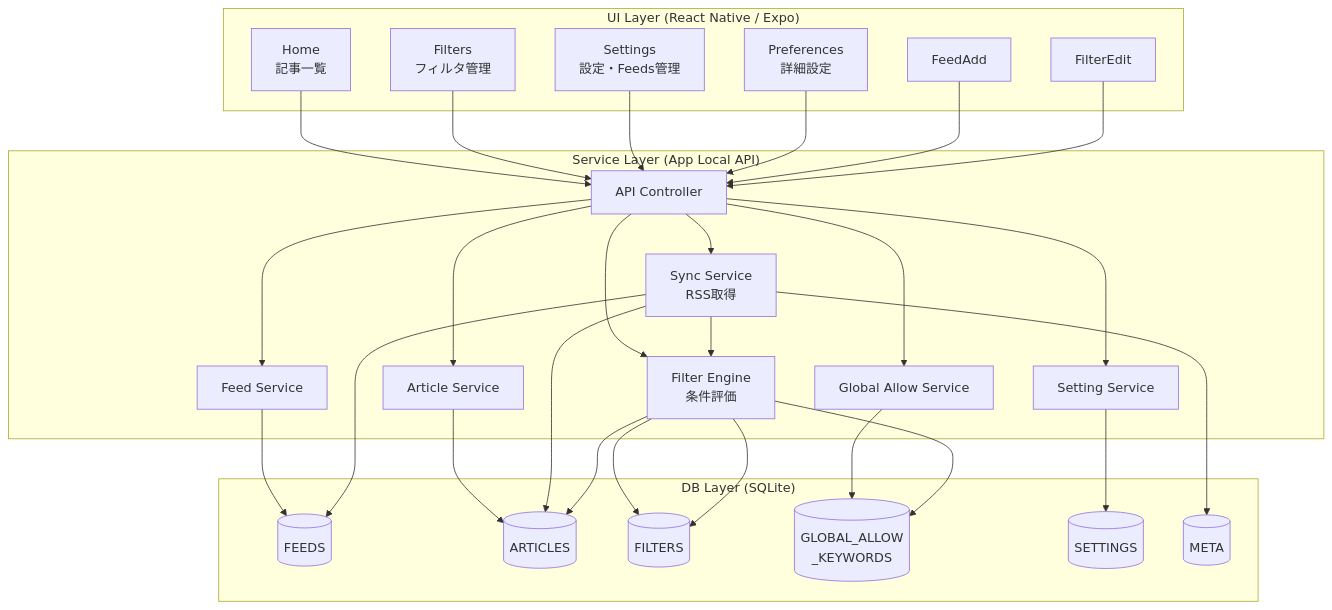
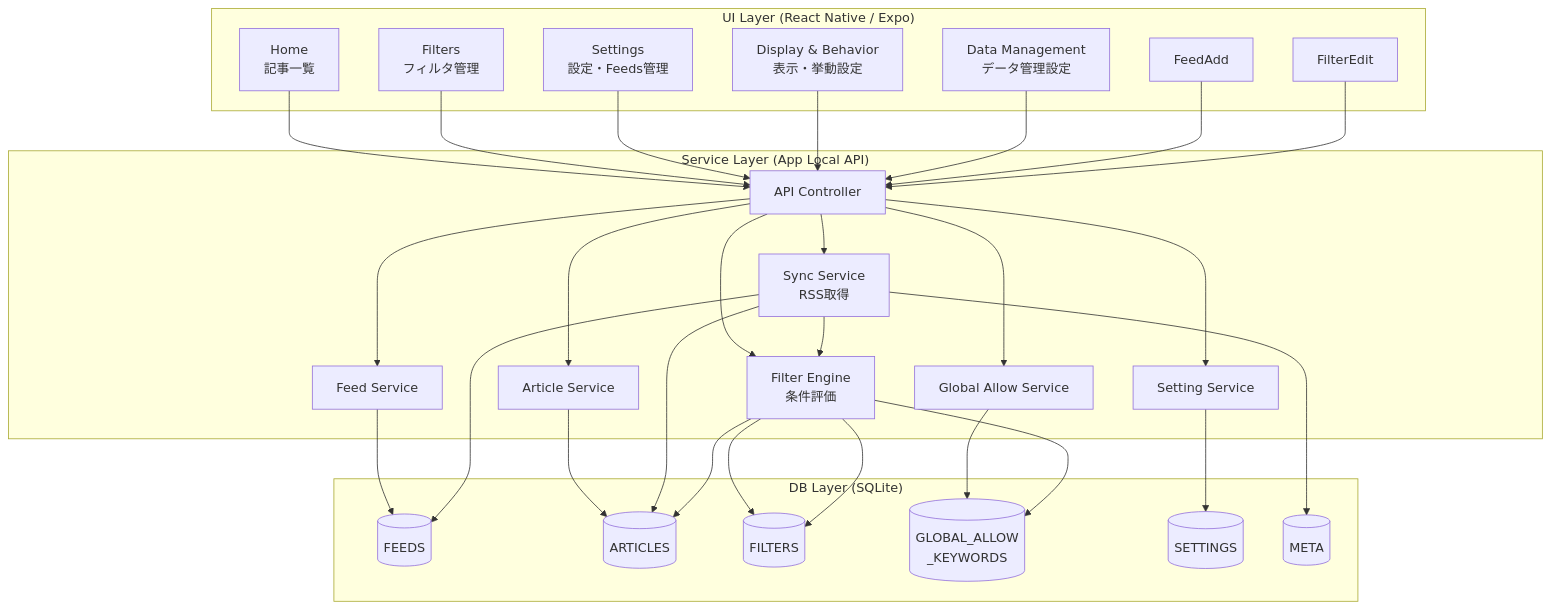
Before and after one commit to yskms/filto-app: the diagram in docs/02_basic_design/07_architecture.md, drawn with Mermaid. The commit also changed other lines of this file and 27 other files, not shown here.

````diff
--- a/docs/02_basic_design/07_architecture.md
+++ b/docs/02_basic_design/07_architecture.md
@@ -3,66 +3,68 @@
 ```mermaid
 flowchart TB
 
   %% ===== UI Layer =====
   subgraph UI["UI Layer (React Native / Expo)"]
     Home["Home<br/>記事一覧"]
     FiltersUI["Filters<br/>フィルタ管理"]
     SettingsUI["Settings<br/>設定・Feeds管理"]
-    PreferencesUI["Preferences<br/>詳細設定"]
+    DisplayBehaviorUI["Display & Behavior<br/>表示・挙動設定"]
+    DataManagementUI["Data Management<br/>データ管理設定"]
     FeedAddUI["FeedAdd"]
     FilterEditUI["FilterEdit"]
   end
 
   %% ===== Service Layer =====
   subgraph Service["Service Layer (App Local API)"]
     Api["API Controller"]
     Sync["Sync Service<br/>RSS取得"]
     FilterSvc["Filter Engine<br/>条件評価"]
     FeedSvc["Feed Service"]
     ArticleSvc["Article Service"]
     GlobalAllowSvc["Global Allow Service"]
     SettingSvc["Setting Service"]
   end
 
   %% ===== DB Layer =====
   subgraph DB["DB Layer (SQLite)"]
     FEEDS[(FEEDS)]
     ARTICLES[(ARTICLES)]
     FILTERS[(FILTERS)]
     GLOBAL_ALLOW[(GLOBAL_ALLOW<br/>_KEYWORDS)]
     SETTINGS[(SETTINGS)]
     META[(META)]
   end
 
   %% UI -> API
   Home --> Api
   FiltersUI --> Api
   SettingsUI --> Api
-  PreferencesUI --> Api
+  DisplayBehaviorUI --> Api
+  DataManagementUI --> Api
   FeedAddUI --> Api
   FilterEditUI --> Api
 
   %% API -> Services
   Api --> Sync
   Api --> FilterSvc
   Api --> FeedSvc
   Api --> ArticleSvc
   Api --> GlobalAllowSvc
   Api --> SettingSvc
 
   %% Services -> DB
   FeedSvc --> FEEDS
   ArticleSvc --> ARTICLES
   FilterSvc --> FILTERS
   GlobalAllowSvc --> GLOBAL_ALLOW
   SettingSvc --> SETTINGS
   Sync --> FEEDS
   Sync --> ARTICLES
   Sync --> META
 
   %% Relations
   Sync --> FilterSvc
   FilterSvc --> FILTERS
   FilterSvc --> GLOBAL_ALLOW
   FilterSvc --> ARTICLES
 ```
````
